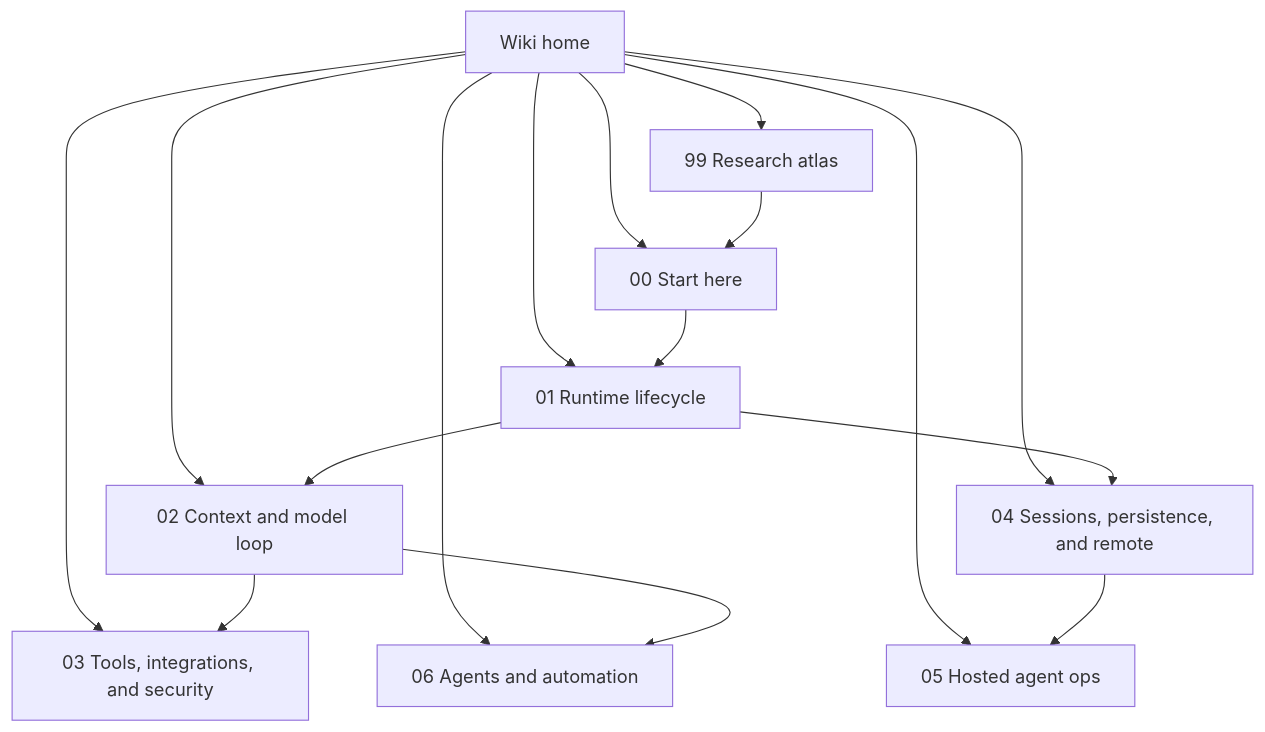
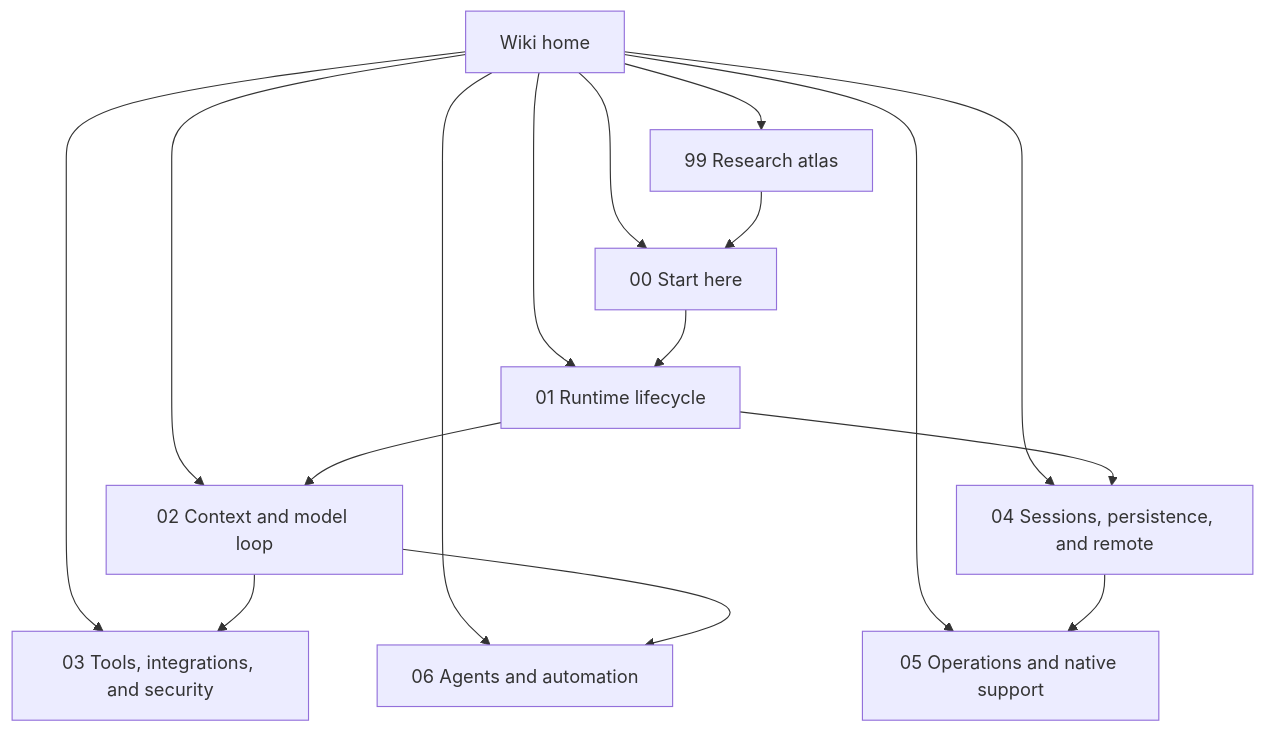
One commit to vibewatch/claude-code-internals changed the diagram in docs/README.md. Above: the diagram before and after it, drawn with Mermaid. The commit also changed other lines of this file and 44 other files, not shown here.

````diff
--- a/docs/README.md
+++ b/docs/README.md
@@ -23,29 +23,29 @@
 ```mermaid
 flowchart TD
 	Home[Wiki home] --> Start[00 Start here]
 	Home --> Runtime[01 Runtime lifecycle]
 	Home --> Loop[02 Context and model loop]
 	Home --> Tools[03 Tools, integrations, and security]
 	Home --> Sessions[04 Sessions, persistence, and remote]
-	Home --> Hosted[05 Hosted agent ops]
+	Home --> Hosted[05 Operations and native support]
 	Home --> Agents[06 Agents and automation]
 	Home --> Atlas[99 Research atlas]
 
 	Start --> Runtime
 	Runtime --> Loop
 	Loop --> Tools
 	Runtime --> Sessions
 	Sessions --> Hosted
 	Loop --> Agents
 	Atlas --> Start
 
 	click Home "./" "Open wiki home"
 	click Start "./00-start-here/" "Open Start here"
 	click Runtime "./01-runtime-lifecycle/" "Open Runtime lifecycle"
 	click Loop "./02-context-model-loop/" "Open Context and model loop"
 	click Tools "./03-tools-integrations-security/" "Open Tools, integrations, and security"
 	click Sessions "./04-sessions-persistence-remote/" "Open Sessions, persistence, and remote"
-	click Hosted "./05-hosted-agent-ops/" "Open Hosted agent ops"
+	click Hosted "./05-hosted-agent-ops/" "Open Operations and native support"
 	click Agents "./06-agents-automation/" "Open Agents and automation"
 	click Atlas "./99-research-atlas/" "Open Research atlas"
 ```
````
